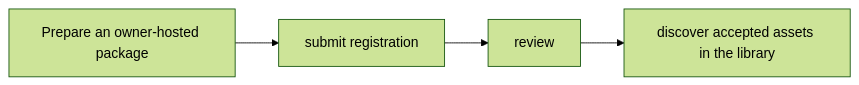
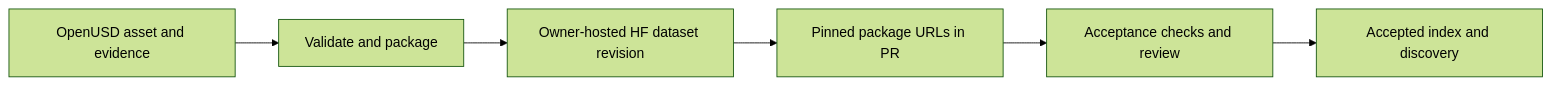
The diagram in docs/en/simready-central.md (james-joobs/awesome-nvidia-physical-ai), drawn with Mermaid (forest theme) before and after one commit. The commit also changed other lines of this file and 187 other files, not shown here.

Commit message:
Expand bilingual guides with official architecture references

````diff
--- a/docs/en/simready-central.md
+++ b/docs/en/simready-central.md
@@ -15,8 +17,14 @@
 ```mermaid
 flowchart LR
-  S0["Prepare an owner-hosted package"]
-  S1["submit registration"]
-  S2["review"]
-  S3["discover accepted assets in the library"]
-  S0 --> S1 --> S2 --> S3
+    usd["OpenUSD asset and evidence"]
+    pkg["Validate and package"]
+    hf["Owner-hosted HF dataset revision"]
+    index["Pinned package URLs in PR"]
+    review["Acceptance checks and review"]
+    browse["Accepted index and discovery"]
+    usd --> pkg
+    pkg --> hf
+    hf --> index
+    index --> review
+    review --> browse
 ```
````
